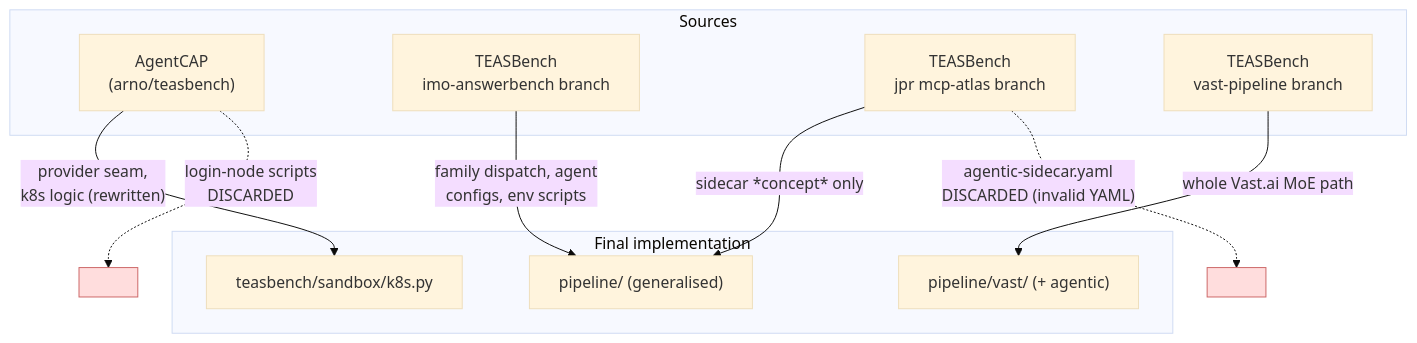
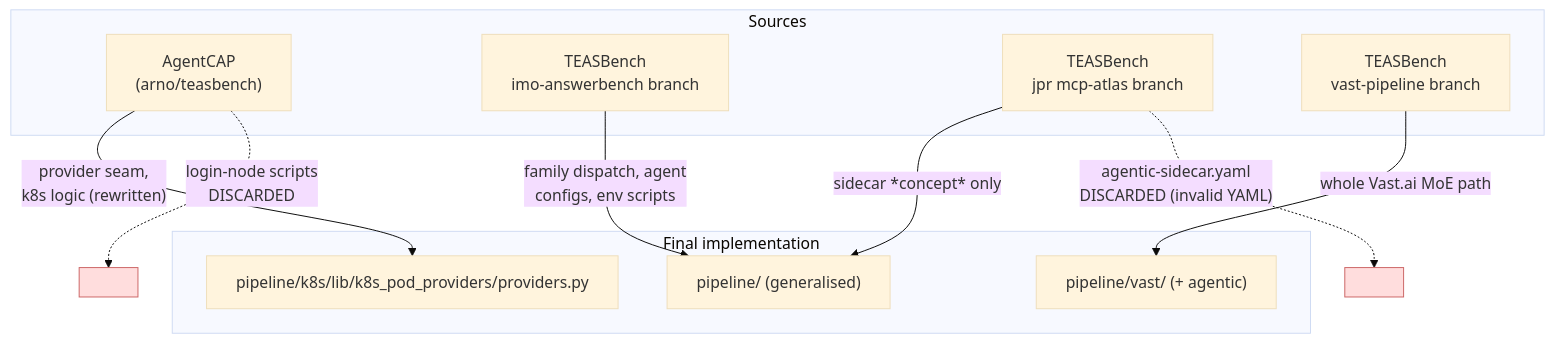
Before and after one commit to TEAS-project/TEASBench: the seventh of 7 diagrams in docs/DEVELOPER_GUIDE.md, drawn with Mermaid (base theme). The commit also changed other lines of this file and 38 other files, not shown here.

````diff
--- a/docs/DEVELOPER_GUIDE.md
+++ b/docs/DEVELOPER_GUIDE.md
@@ -283,22 +296,22 @@
 ```mermaid
 flowchart TB
     subgraph SRC["Sources"]
         AC["AgentCAP<br/>(arno/teasbench)"]
         B1["TEASBench<br/>imo-answerbench branch"]
         B2["TEASBench<br/>jpr mcp-atlas branch"]
         B3["TEASBench<br/>vast-pipeline branch"]
     end
     subgraph OUT["Final implementation"]
         P["pipeline/ (generalised)"]
-        T["teasbench/sandbox/k8s.py"]
+        T["pipeline/k8s/lib/k8s_pod_providers/providers.py"]
         V["pipeline/vast/ (+ agentic)"]
     end
     AC -->|"provider seam,<br/>k8s logic (rewritten)"| T
     AC -.->|"login-node scripts<br/>DISCARDED"| X1[" "]
     B1 -->|"family dispatch, agent<br/>configs, env scripts"| P
     B2 -->|"sidecar *concept* only"| P
     B2 -.->|"agentic-sidecar.yaml<br/>DISCARDED (invalid YAML)"| X2[" "]
     B3 -->|"whole Vast.ai MoE path"| V
     style X1 fill:#fdd,stroke:#c66
     style X2 fill:#fdd,stroke:#c66
 ```
````
